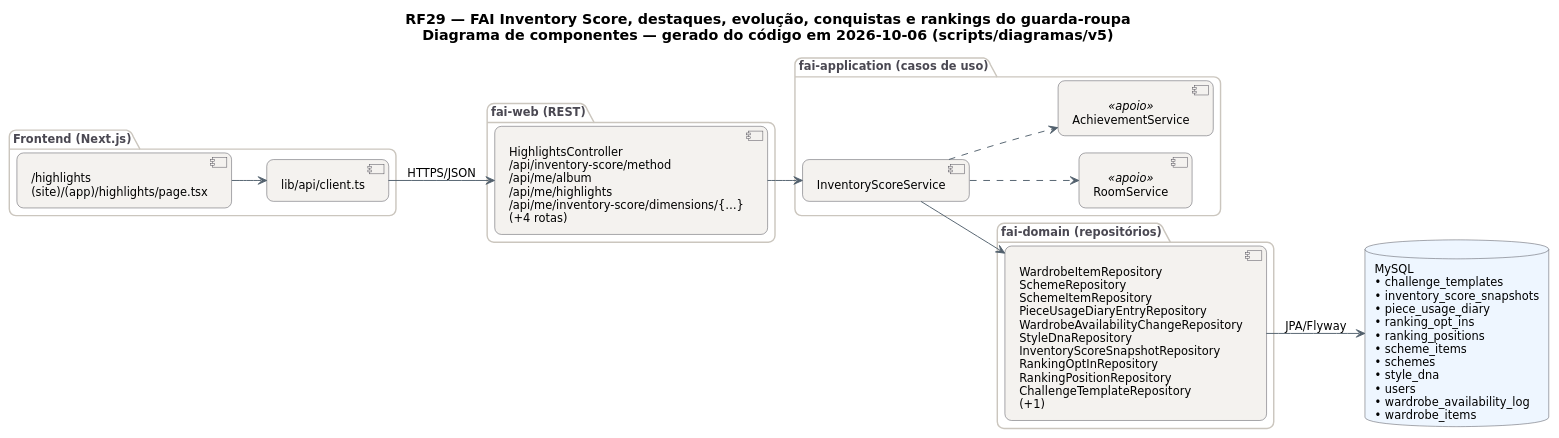
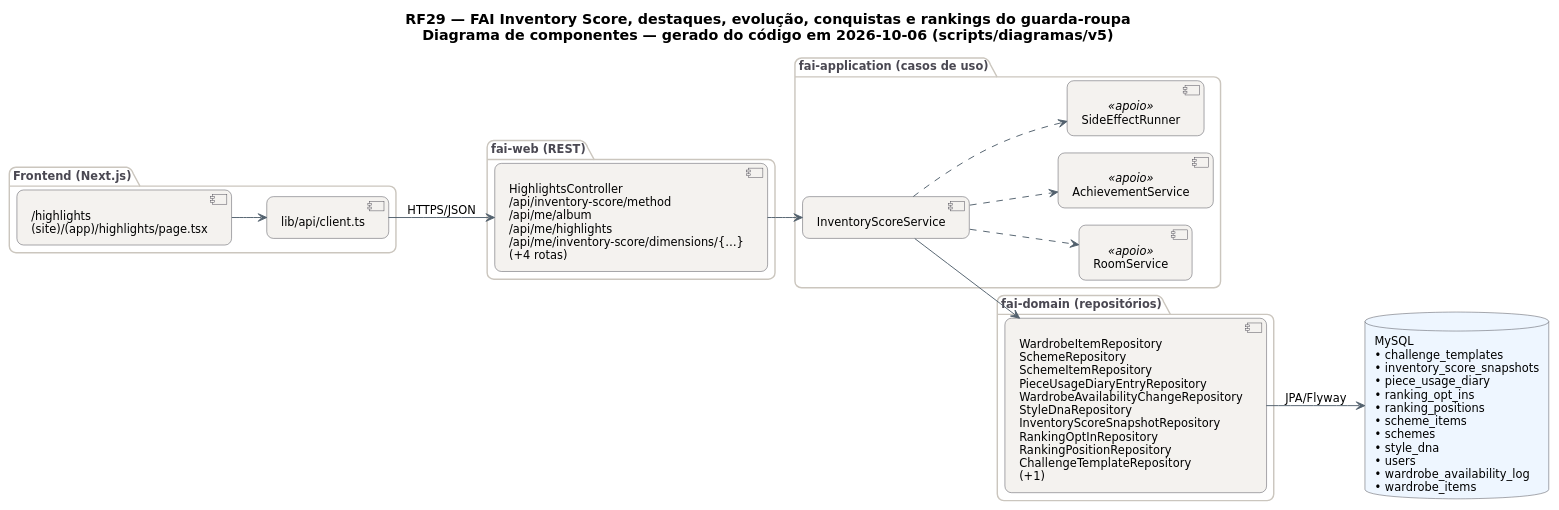
Before and after one commit to MatheusHaliski/tcc-2026-fashion-ai-backend: the diagram in docs/diagramas/RF29/RF29-componentes.puml, drawn with PlantUML. The commit also changed 36 other files, not shown here.

```diff
--- a/docs/diagramas/RF29/RF29-componentes.puml
+++ b/docs/diagramas/RF29/RF29-componentes.puml
@@ -1,57 +1,59 @@
 @startuml RF29_Componentes
 !pragma layout smetana
 skinparam backgroundColor #FFFFFF
 skinparam shadowing false
 skinparam defaultFontName "DejaVu Sans"
 skinparam defaultFontSize 12
 skinparam titleFontSize 15
 skinparam roundcorner 14
 skinparam ArrowColor #52606D
 skinparam note {
   BackgroundColor #FFFDEB
   BorderColor #D8CE78
   FontColor #554F24
 }
 skinparam component {
   BackgroundColor #F4F2EF
   BorderColor #4A4852
 }
 skinparam package {
   BorderColor #CBC6BE
   FontColor #4A4852
 }
 skinparam database {
   BackgroundColor #EEF6FF
   BorderColor #4A4852
 }
 skinparam cloud {
   BackgroundColor #F0FBF6
   BorderColor #4A4852
 }
 left to right direction
 title RF29 — FAI Inventory Score, destaques, evolução, conquistas e rankings do guarda-roupa\nDiagrama de componentes — gerado do código em 2026-10-06 (scripts/diagramas/v5)
 
 package "Frontend (Next.js)" {
   component "/highlights\n(site)/(app)/highlights/page.tsx" as FE0
   component "lib/api/client.ts" as APIC
 }
 package "fai-web (REST)" {
   component "HighlightsController\n/api/inventory-score/method\n/api/me/album\n/api/me/highlights\n/api/me/inventory-score/dimensions/{…}\n(+4 rotas)" as HighlightsController
 }
 package "fai-application (casos de uso)" {
   component "InventoryScoreService" as InventoryScoreService
   component "RoomService" as RoomService <<apoio>>
   component "AchievementService" as AchievementService <<apoio>>
+  component "SideEffectRunner" as SideEffectRunner <<apoio>>
 }
 package "fai-domain (repositórios)" {
   component "WardrobeItemRepository\nSchemeRepository\nSchemeItemRepository\nPieceUsageDiaryEntryRepository\nWardrobeAvailabilityChangeRepository\nStyleDnaRepository\nInventoryScoreSnapshotRepository\nRankingOptInRepository\nRankingPositionRepository\nChallengeTemplateRepository\n(+1)" as REPO_MySQL
 }
 database "MySQL\n• challenge_templates\n• inventory_score_snapshots\n• piece_usage_diary\n• ranking_opt_ins\n• ranking_positions\n• scheme_items\n• schemes\n• style_dna\n• users\n• wardrobe_availability_log\n• wardrobe_items" as DB_MySQL
 APIC --> HighlightsController : HTTPS/JSON
 FE0 --> APIC
 HighlightsController --> InventoryScoreService
 InventoryScoreService --> REPO_MySQL
 InventoryScoreService ..> AchievementService
 InventoryScoreService ..> RoomService
+InventoryScoreService ..> SideEffectRunner
 REPO_MySQL --> DB_MySQL : JPA/Flyway
 @enduml
```
